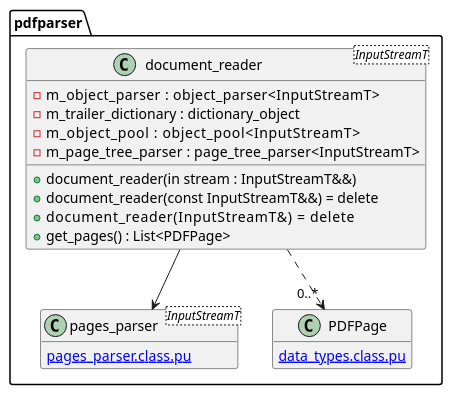
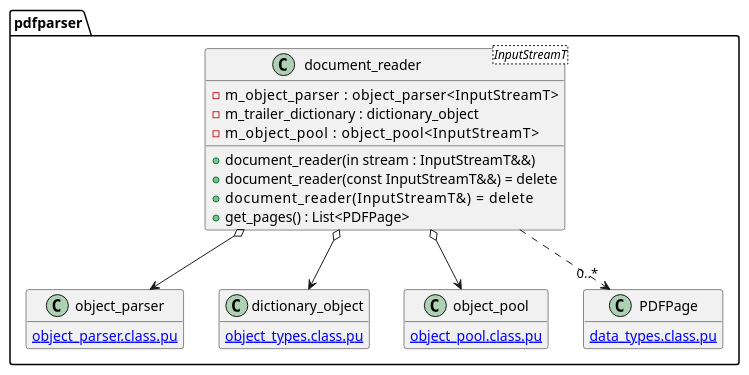
The diagram in document/document_reader/document_reader.class.pu (KodaiYM/PDFReader), drawn with PlantUML before and after one commit. The commit also changed 6 other files, not shown here.

Commit message:
page_tree_parser の不要な object_parser への参照を削除

```diff
--- a/document/document_reader/document_reader.class.pu
+++ b/document/document_reader/document_reader.class.pu
@@ -1,24 +1,31 @@
 @startuml document_reader
 hide empty members
 namespace pdfparser {
 class document_reader<InputStreamT> {
 	-m_object_parser      : object_parser<InputStreamT>
 	-m_trailer_dictionary : dictionary_object
 	-m_object_pool        : object_pool<InputStreamT>
-	-m_page_tree_parser   : page_tree_parser<InputStreamT>
 
 	+document_reader(in stream : InputStreamT&&)
 	+document_reader(const InputStreamT&&) = delete
 	+document_reader(InputStreamT&)        = delete
 	+get_pages() : List<PDFPage>
 }
-document_reader --> pages_parser
+document_reader o--> object_parser
+document_reader o--> dictionary_object
+document_reader o--> object_pool
 document_reader ..> "0..*" PDFPage
 
-class pages_parser<InputStreamT> {
-	[[pages_parser.class.pu]]
+class object_parser {
+	[[object_parser.class.pu]]
+}
+class dictionary_object {
+	[[object_types.class.pu]]
+}
+class object_pool {
+	[[object_pool.class.pu]]
 }
 class PDFPage {
 	[[data_types.class.pu]]
 }
 @enduml
```
